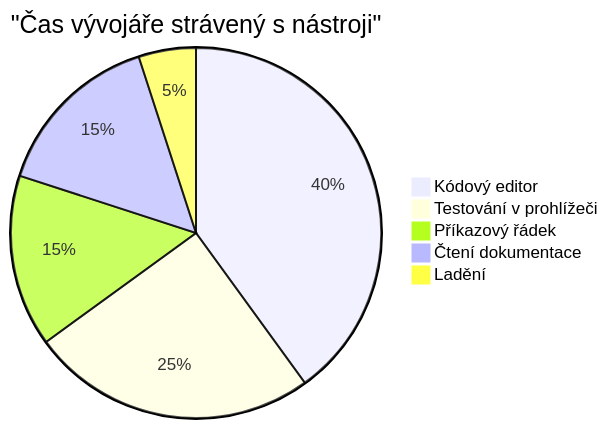
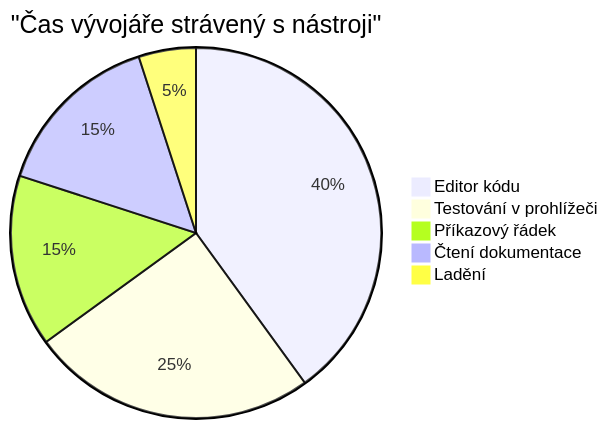
Before and after one commit to microsoft/Web-Dev-For-Beginners: the sixth of 7 diagrams in translations/cs/1-getting-started-lessons/1-intro-to-programming-languages/README.md, drawn with Mermaid. The commit also changed other lines of this file and 11 other files, not shown here.

````diff
--- a/translations/cs/1-getting-started-lessons/1-intro-to-programming-languages/README.md
+++ b/translations/cs/1-getting-started-lessons/1-intro-to-programming-languages/README.md
@@ -711,8 +713,8 @@
 ```mermaid
 pie title "Čas vývojáře strávený s nástroji"
-    "Kódový editor" : 40
+    "Editor kódu" : 40
     "Testování v prohlížeči" : 25
     "Příkazový řádek" : 15
     "Čtení dokumentace" : 15
     "Ladění" : 5
 ```
````
